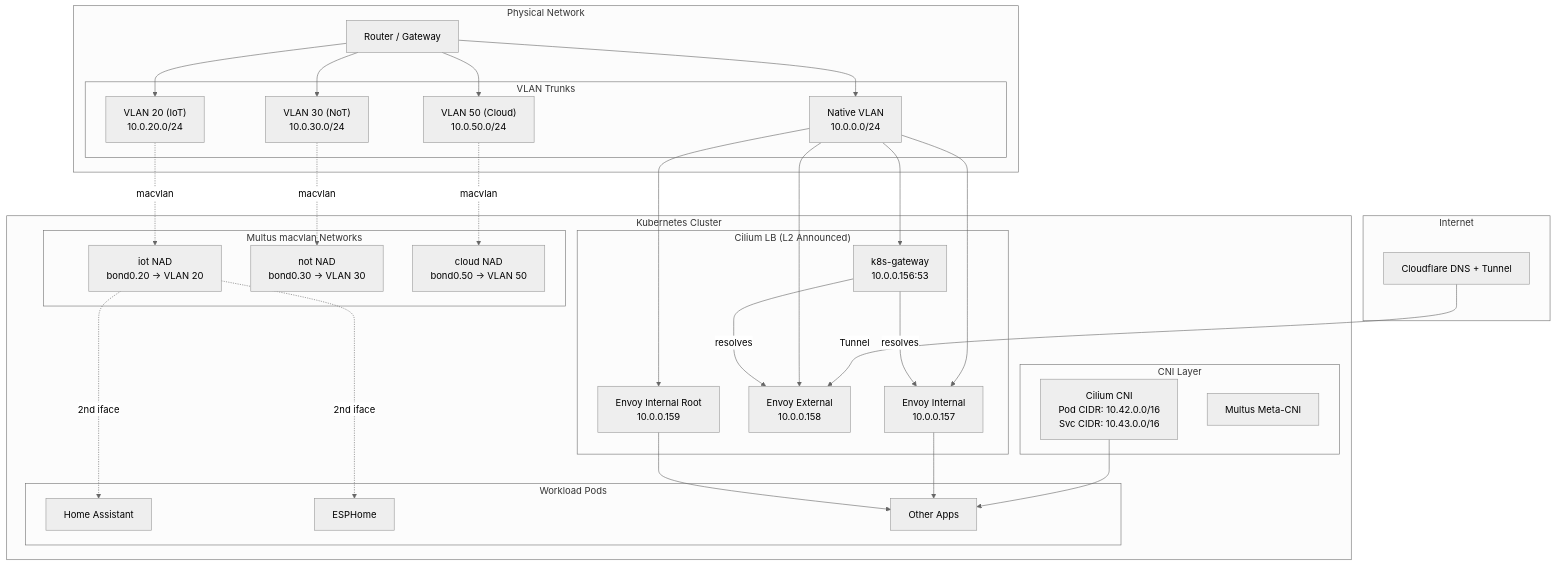
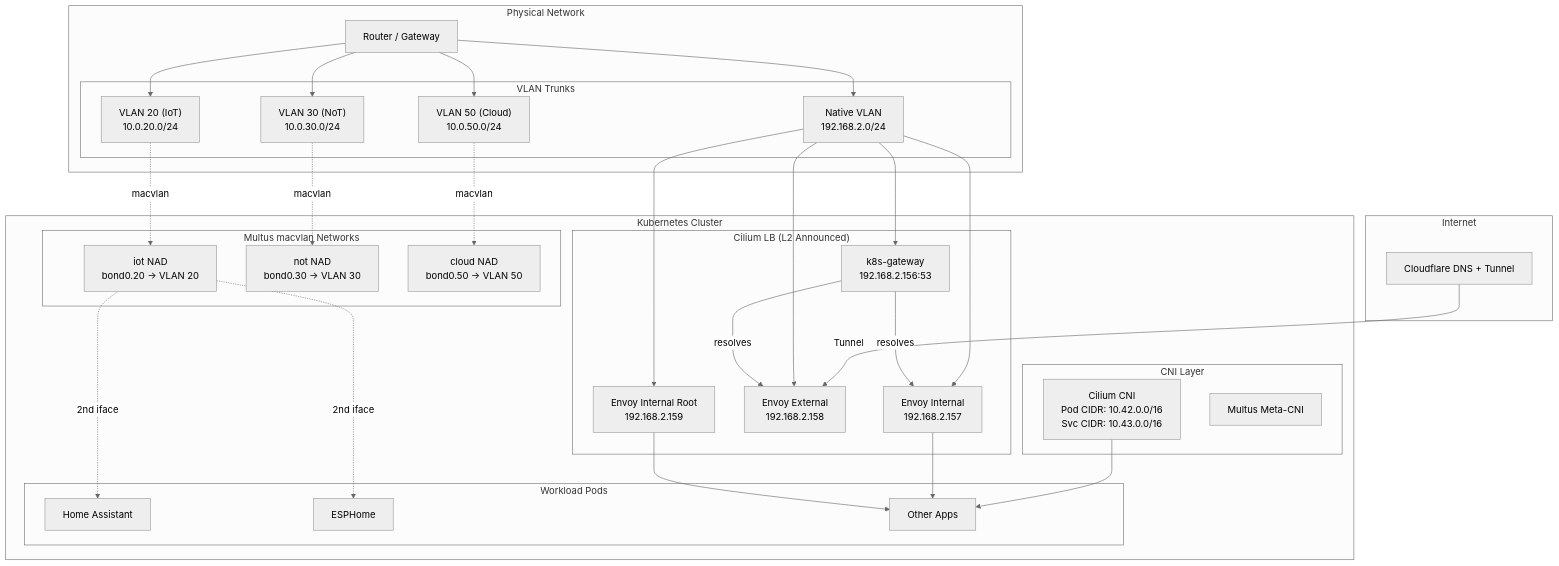
Before and after one commit to equinoxel/home-ops: the diagram in kubernetes/apps/network/README.md, drawn with Mermaid (neutral theme). The commit also changed other lines of this file and 48 other files, not shown here.

````diff
--- a/kubernetes/apps/network/README.md
+++ b/kubernetes/apps/network/README.md
@@ -57,71 +57,71 @@
 ```mermaid
 graph TB
     subgraph Internet
         CF[Cloudflare DNS + Tunnel]
     end
 
     subgraph "Physical Network"
         Router[Router / Gateway]
         subgraph "VLAN Trunks"
-            NATIVE["Native VLAN<br/>10.0.0.0/24"]
+            NATIVE["Native VLAN<br/>192.168.2.0/24"]
             VLAN20["VLAN 20 (IoT)<br/>10.0.20.0/24"]
             VLAN30["VLAN 30 (NoT)<br/>10.0.30.0/24"]
             VLAN50["VLAN 50 (Cloud)<br/>10.0.50.0/24"]
         end
     end
 
     subgraph "Kubernetes Cluster"
         subgraph "CNI Layer"
             Cilium["Cilium CNI<br/>Pod CIDR: 10.42.0.0/16<br/>Svc CIDR: 10.43.0.0/16"]
             Multus["Multus Meta-CNI"]
         end
 
         subgraph "Cilium LB (L2 Announced)"
-            KGW["k8s-gateway<br/>10.0.0.156:53"]
-            EI["Envoy Internal<br/>10.0.0.157"]
-            EE["Envoy External<br/>10.0.0.158"]
-            EIR["Envoy Internal Root<br/>10.0.0.159"]
+            KGW["k8s-gateway<br/>192.168.2.156:53"]
+            EI["Envoy Internal<br/>192.168.2.157"]
+            EE["Envoy External<br/>192.168.2.158"]
+            EIR["Envoy Internal Root<br/>192.168.2.159"]
         end
 
         subgraph "Multus macvlan Networks"
             IOT_NAD["iot NAD<br/>bond0.20 → VLAN 20"]
             NOT_NAD["not NAD<br/>bond0.30 → VLAN 30"]
             CLOUD_NAD["cloud NAD<br/>bond0.50 → VLAN 50"]
         end
 
         subgraph "Workload Pods"
             HA["Home Assistant"]
             ESP["ESPHome"]
             Apps["Other Apps"]
         end
     end
 
     %% External access
     CF -->|"Tunnel"| EE
     Router --> NATIVE
     Router --> VLAN20
     Router --> VLAN30
     Router --> VLAN50
 
     %% Cilium LB on native VLAN
     NATIVE --> KGW
     NATIVE --> EI
     NATIVE --> EE
     NATIVE --> EIR
 
     %% Multus secondary interfaces
     VLAN20 -.->|macvlan| IOT_NAD
     VLAN30 -.->|macvlan| NOT_NAD
     VLAN50 -.->|macvlan| CLOUD_NAD
 
     %% Pod connections
     Cilium --> Apps
     IOT_NAD -.->|"2nd iface"| HA
     IOT_NAD -.->|"2nd iface"| ESP
     EI --> Apps
     EIR --> Apps
 
     %% DNS
     KGW -->|"resolves"| EI
     KGW -->|"resolves"| EE
 ```
````
